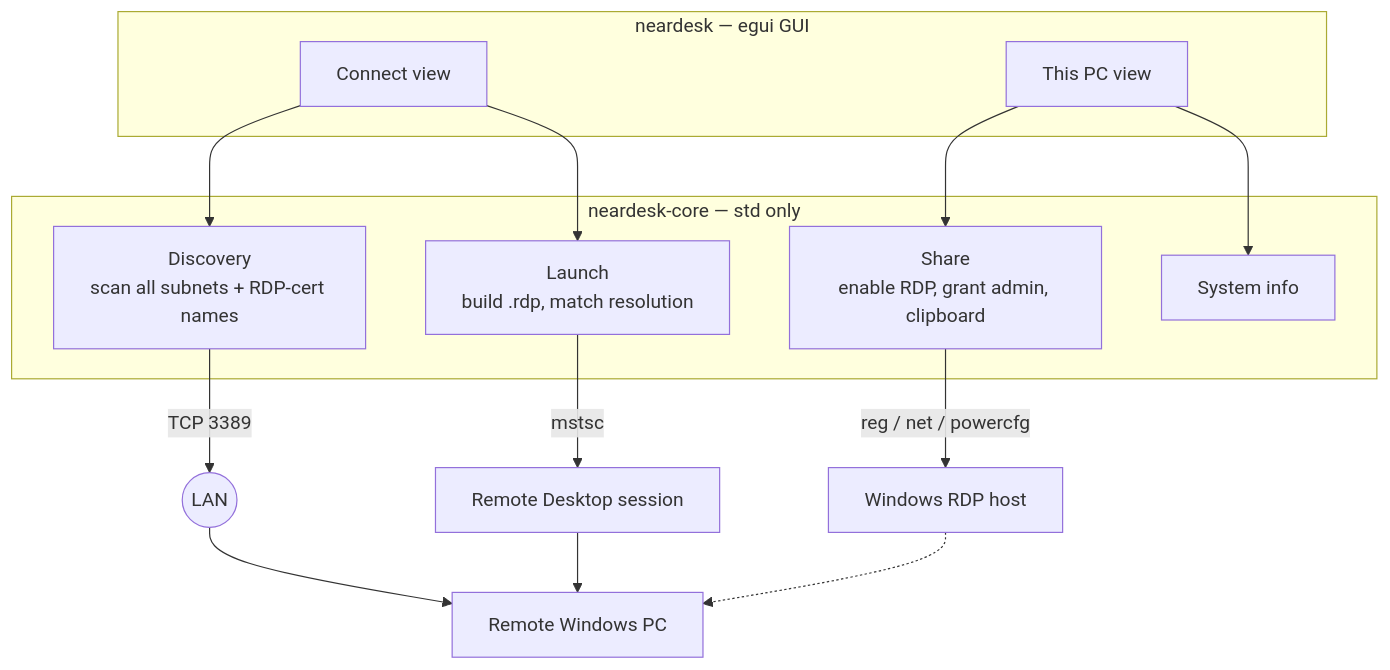
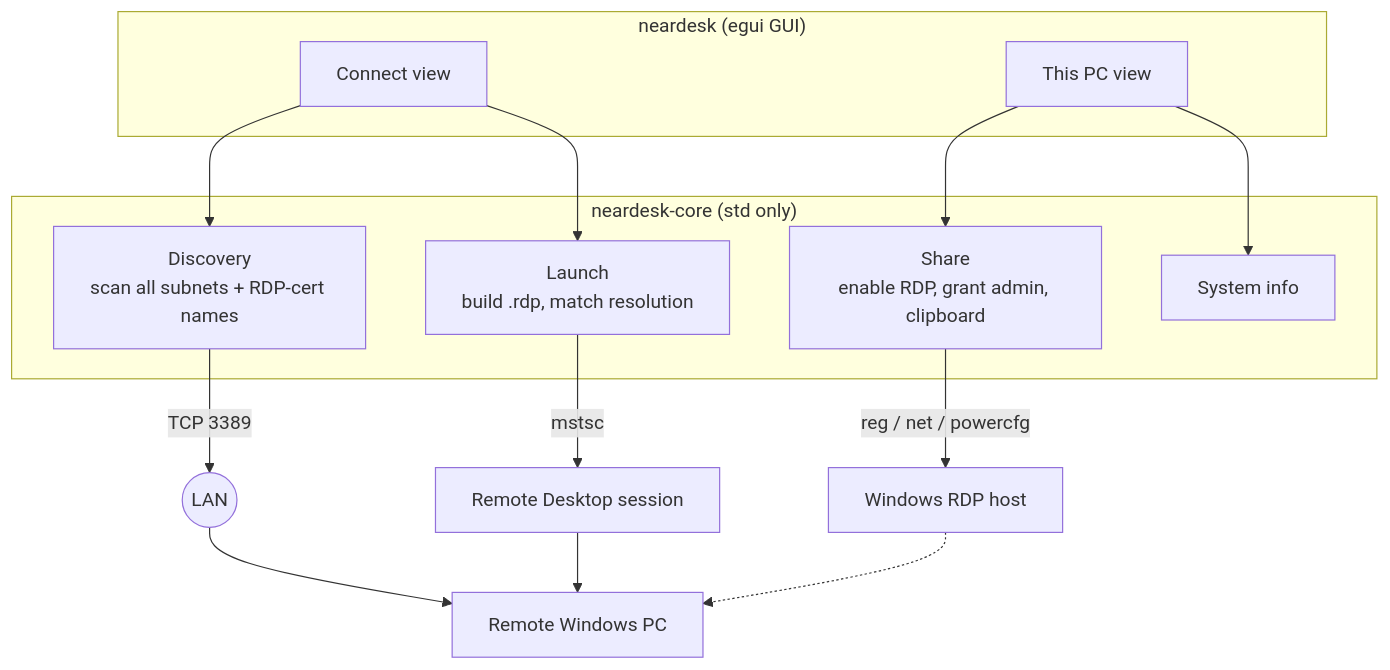
One commit to chanakanakandala/neardesk changed the diagram in README.md. Above: the diagram before and after it, drawn with Mermaid. The commit also changed other lines of this file and 4 other files, not shown here.

````diff
--- a/README.md
+++ b/README.md
@@ -65,26 +108,26 @@
 ```mermaid
 flowchart TB
-    subgraph app["neardesk — egui GUI"]
+    subgraph app["neardesk (egui GUI)"]
         connect["Connect view"]
         thispc["This PC view"]
     end
 
-    subgraph core["neardesk-core — std only"]
+    subgraph core["neardesk-core (std only)"]
         discovery["Discovery<br/>scan all subnets + RDP-cert names"]
         launch["Launch<br/>build .rdp, match resolution"]
         share["Share<br/>enable RDP, grant admin, clipboard"]
         sysinfo["System info"]
     end
 
     connect --> discovery
     connect --> launch
     thispc --> share
     thispc --> sysinfo
 
     discovery -->|TCP 3389| lan(("LAN"))
     share -->|reg / net / powercfg| host["Windows RDP host"]
     launch -->|mstsc| session["Remote Desktop session"]
     lan --> remote["Remote Windows PC"]
     session --> remote
     host -.-> remote
 ```
````
